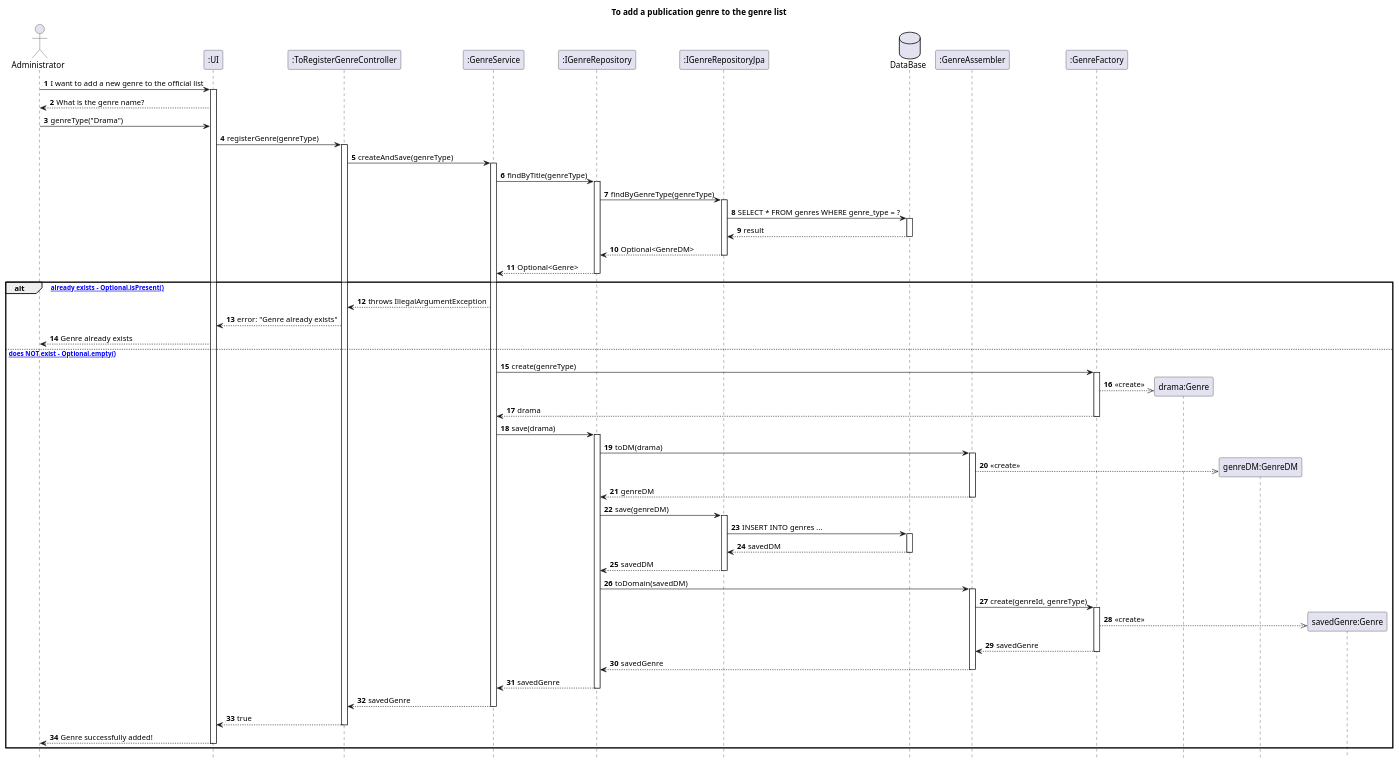
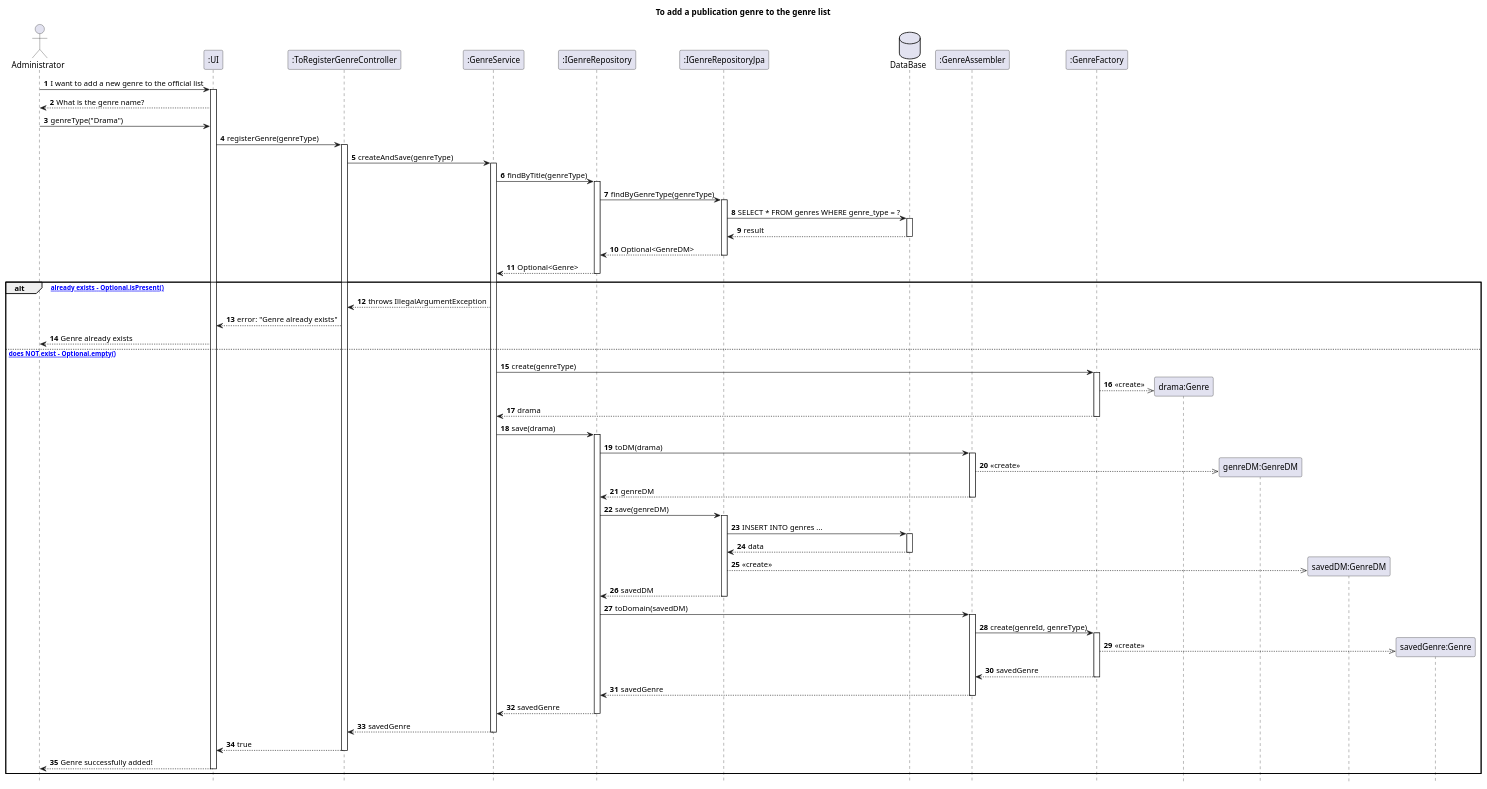
The diagram in Diagrams/SequenceDiagrams/N2/To-add-a-publication-genre-to-the-genre-list.puml (AndrePereiraGitH/SWitCH-Project-Team_A), drawn with PlantUML before and after one commit. The commit also changed 1 other file, not shown here.

Commit message:
fix: update US003 class and sequence diagrams to address PR review comments #754

```diff
--- a/Diagrams/SequenceDiagrams/N2/To-add-a-publication-genre-to-the-genre-list.puml
+++ b/Diagrams/SequenceDiagrams/N2/To-add-a-publication-genre-to-the-genre-list.puml
@@ -1,103 +1,105 @@
 @startuml
 hide footbox
 autonumber
 title To add a publication genre to the genre list
 
 actor Administrator
 participant ":UI" as UI
 participant ":ToRegisterGenreController" as Ctrl
 participant ":GenreService" as Service
 participant ":IGenreRepository" as Repo
 participant ":IGenreRepositoryJpa" as JpaRepo
 DataBase "DataBase" as DB
 participant ":GenreAssembler" as Assembler
 participant ":GenreFactory" as Factory
 
 Administrator -> UI : I want to add a new genre to the official list
 activate UI
 UI --> Administrator : What is the genre name?
 
 Administrator -> UI : genreType("Drama")
 
 UI -> Ctrl : registerGenre(genreType)
 activate Ctrl
 
 Ctrl -> Service : createAndSave(genreType)
 activate Service
 
 Service -> Repo : findByTitle(genreType)
 activate Repo
 
 Repo -> JpaRepo : findByGenreType(genreType)
 activate JpaRepo
 
 JpaRepo -> DB : SELECT * FROM genres WHERE genre_type = ?
 activate DB
 DB --> JpaRepo : result
 deactivate DB
 
 JpaRepo --> Repo : Optional<GenreDM>
 deactivate JpaRepo
 
 Repo --> Service : Optional<Genre>
 deactivate Repo
 
 alt [genre already exists - Optional.isPresent()]
     Service --> Ctrl : throws IllegalArgumentException
     Ctrl --> UI : error: "Genre already exists"
     UI --> Administrator : Genre already exists
 
 else [genre does NOT exist - Optional.empty()]
 
     Service -> Factory : create(genreType)
     activate Factory
     create "drama:Genre" as Genre
     Factory -->> Genre : <<create>>
     Factory --> Service : drama
     deactivate Factory
 
     Service -> Repo : save(drama)
     activate Repo
 
     Repo -> Assembler : toDM(drama)
     activate Assembler
     create "genreDM:GenreDM" as GenreDM
     Assembler -->> GenreDM : <<create>>
     Assembler --> Repo : genreDM
     deactivate Assembler
 
     Repo -> JpaRepo : save(genreDM)
     activate JpaRepo
     JpaRepo -> DB : INSERT INTO genres ...
     activate DB
-    DB --> JpaRepo : savedDM
+    DB --> JpaRepo : data
     deactivate DB
+    create "savedDM:GenreDM" as SavedDM
+    JpaRepo -->> SavedDM : <<create>>
     JpaRepo --> Repo : savedDM
     deactivate JpaRepo
 
     Repo -> Assembler : toDomain(savedDM)
     activate Assembler
     Assembler -> Factory : create(genreId, genreType)
     activate Factory
     create "savedGenre:Genre" as SavedGenre
     Factory -->> SavedGenre : <<create>>
     Factory --> Assembler : savedGenre
     deactivate Factory
     Assembler --> Repo : savedGenre
     deactivate Assembler
 
     Repo --> Service : savedGenre
     deactivate Repo
 
     Service --> Ctrl : savedGenre
     deactivate Service
 
     Ctrl --> UI : true
     deactivate Ctrl
 
     UI --> Administrator : Genre successfully added!
     deactivate UI
 
 end
 
 @enduml
```
